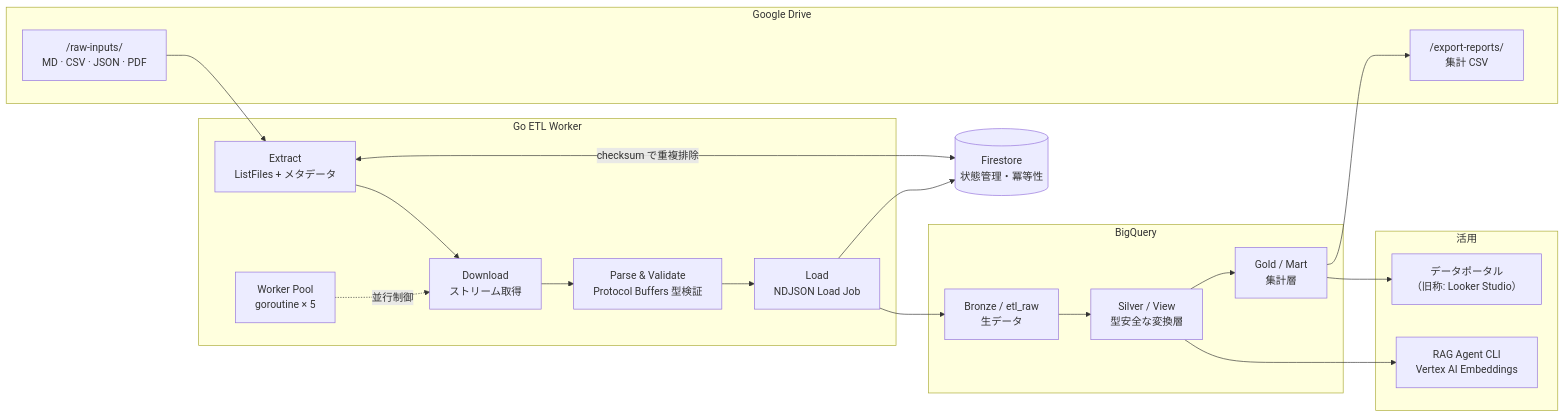
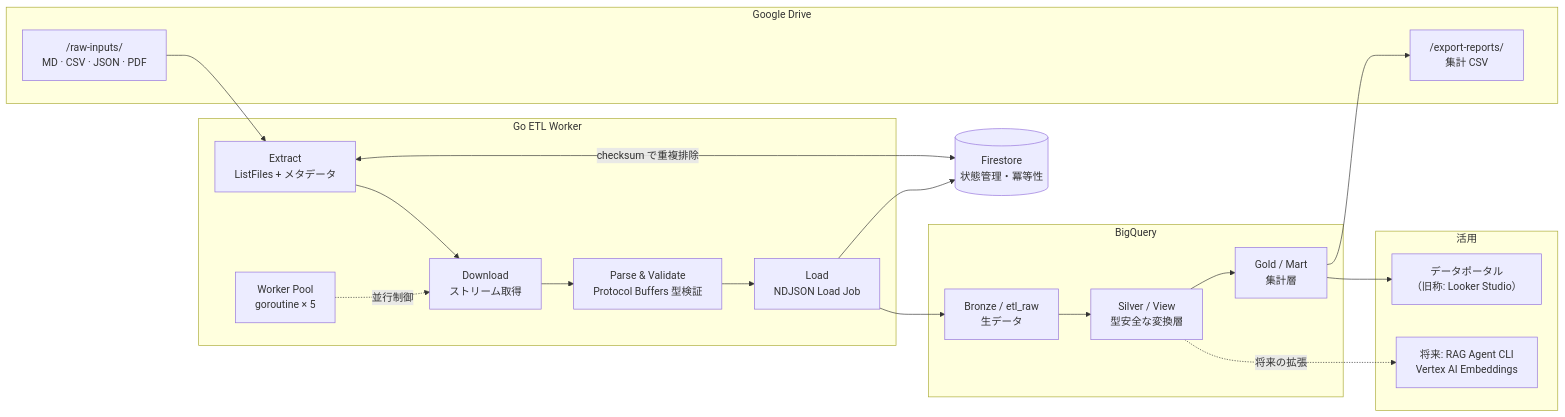
One commit to qei-2027-700/go-drive-etl changed the diagram in README.md. Above: the diagram before and after it, drawn with Mermaid. The commit also changed other lines of this file and 3 other files, not shown here.

````diff
--- a/README.md
+++ b/README.md
@@ -26,37 +26,37 @@
 ```mermaid
 flowchart LR
     subgraph SRC["Google Drive"]
         RAW["/raw-inputs/<br/>MD · CSV · JSON · PDF"]
         OUT["/export-reports/<br/>集計 CSV"]
     end
 
     subgraph GO["Go ETL Worker"]
         EX["Extract<br/>ListFiles + メタデータ"]
         DL["Download<br/>ストリーム取得"]
         PV["Parse & Validate<br/>Protocol Buffers 型検証"]
         LD["Load<br/>NDJSON Load Job"]
         WP["Worker Pool<br/>goroutine × 5"]
     end
 
     STATE[("Firestore<br/>状態管理・冪等性")]
 
     subgraph BQ["BigQuery"]
         BRONZE["Bronze / etl_raw<br/>生データ"]
         SILVER["Silver / View<br/>型安全な変換層"]
         GOLD["Gold / Mart<br/>集計層"]
     end
 
     subgraph CONS["活用"]
         LOOKER["データポータル<br/>（旧称: Looker Studio）"]
-        RAG["RAG Agent CLI<br/>Vertex AI Embeddings"]
+        RAG["将来: RAG Agent CLI<br/>Vertex AI Embeddings"]
     end
 
     RAW --> EX --> DL --> PV --> LD
     WP -.並行制御.-> DL
     EX <-->|checksum で重複排除| STATE
     LD --> STATE
     LD --> BRONZE --> SILVER --> GOLD
     GOLD --> OUT
     GOLD --> LOOKER
-    SILVER --> RAG
+    SILVER -.将来の拡張.-> RAG
 ```
````
